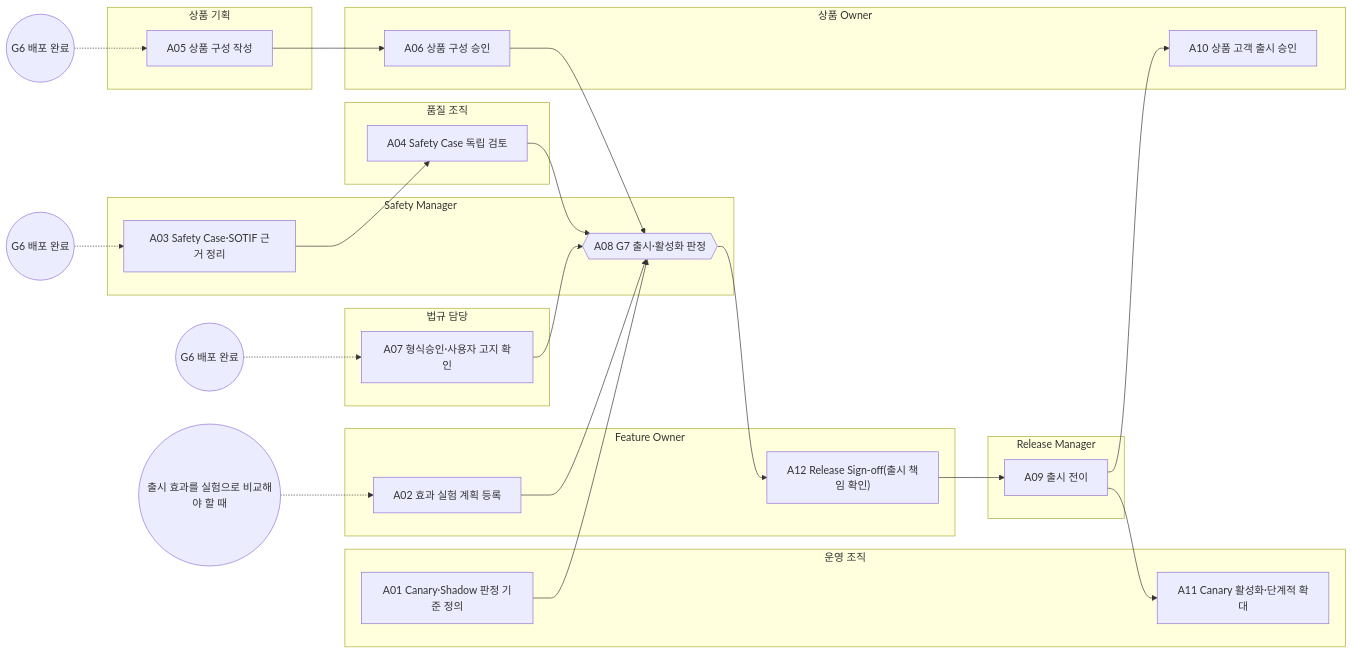
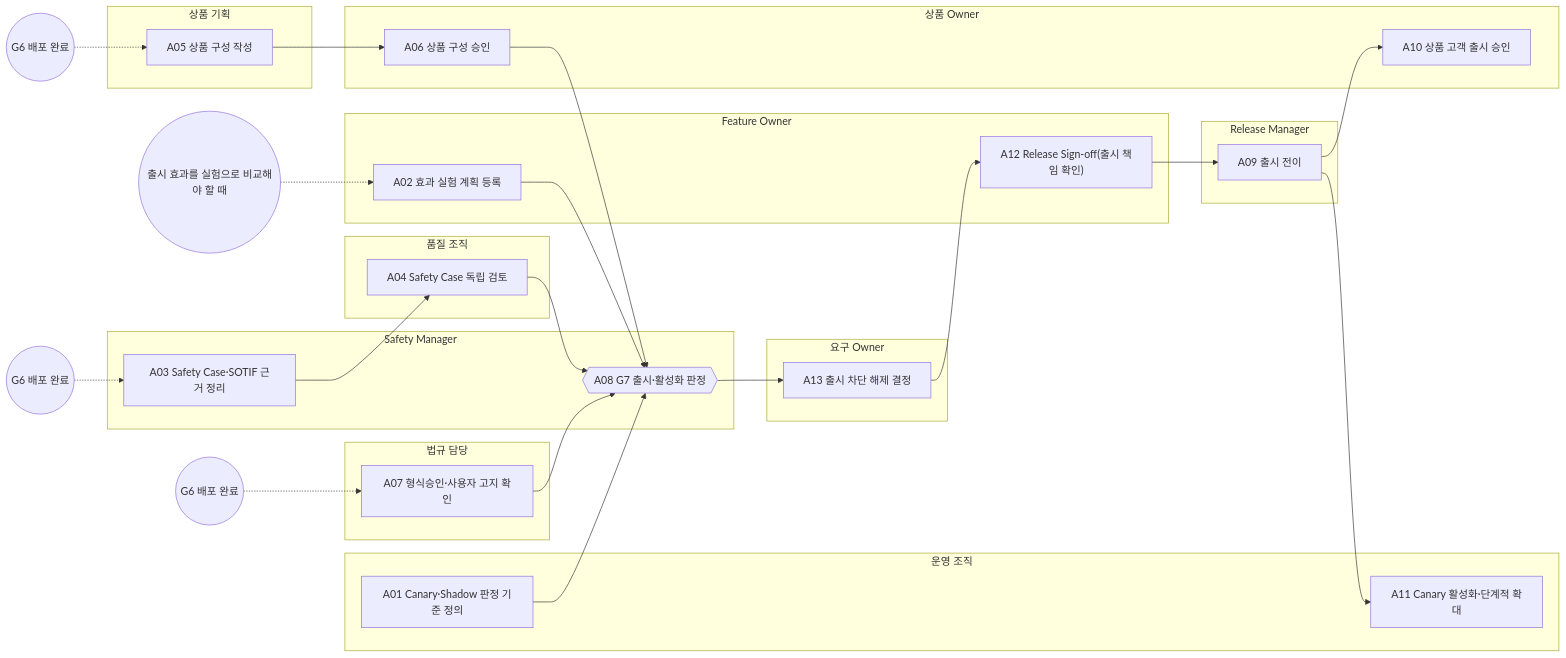
The diagram in docs/65-workflows/out/processes/FPW.7.md (mutuuslab/feature-topology-platform), drawn with Mermaid before and after one commit. The commit also changed other lines of this file and 125 other files, not shown here.

````diff
--- a/docs/65-workflows/out/processes/FPW.7.md
+++ b/docs/65-workflows/out/processes/FPW.7.md
@@ -26,46 +26,50 @@
 ```mermaid
 flowchart LR
   subgraph R_OPS["운영 조직"]
     FPW_7_A01["A01 Canary·Shadow 판정 기준 정의"]
     FPW_7_A11["A11 Canary 활성화·단계적 확대"]
+  end
+  subgraph R_REQ["요구 Owner"]
+    FPW_7_A13["A13 출시 차단 해제 결정"]
   end
   subgraph R_FO["Feature Owner"]
     FPW_7_A02["A02 효과 실험 계획 등록"]
     FPW_7_A12["A12 Release Sign-off(출시 책임 확인)"]
   end
   subgraph R_SM["Safety Manager"]
     FPW_7_A03["A03 Safety Case·SOTIF 근거 정리"]
     FPW_7_A08{{"A08 G7 출시·활성화 판정"}}
   end
   subgraph R_QA["품질 조직"]
     FPW_7_A04["A04 Safety Case 독립 검토"]
   end
   subgraph R_PDA["상품 기획"]
     FPW_7_A05["A05 상품 구성 작성"]
   end
   subgraph R_PO["상품 Owner"]
     FPW_7_A06["A06 상품 구성 승인"]
     FPW_7_A10["A10 상품 고객 출시 승인"]
   end
   subgraph R_REG["법규 담당"]
     FPW_7_A07["A07 형식승인·사용자 고지 확인"]
   end
   subgraph R_REL["Release Manager"]
     FPW_7_A09["A09 출시 전이"]
   end
   FPW_7_A01 --> FPW_7_A08
+  FPW_7_A13 --> FPW_7_A12
   T_FPW_7_A02(("출시 효과를 실험으로 비교해야 할 때")) -.-> FPW_7_A02
   FPW_7_A02 --> FPW_7_A08
   T_FPW_7_A03(("G6 배포 완료")) -.-> FPW_7_A03
   FPW_7_A03 --> FPW_7_A04
   FPW_7_A04 --> FPW_7_A08
   T_FPW_7_A05(("G6 배포 완료")) -.-> FPW_7_A05
   FPW_7_A05 --> FPW_7_A06
   FPW_7_A06 --> FPW_7_A08
   T_FPW_7_A07(("G6 배포 완료")) -.-> FPW_7_A07
   FPW_7_A07 --> FPW_7_A08
-  FPW_7_A08 --> FPW_7_A12
+  FPW_7_A08 --> FPW_7_A13
   FPW_7_A12 --> FPW_7_A09
   FPW_7_A09 --> FPW_7_A10
   FPW_7_A09 --> FPW_7_A11
 ```
````
